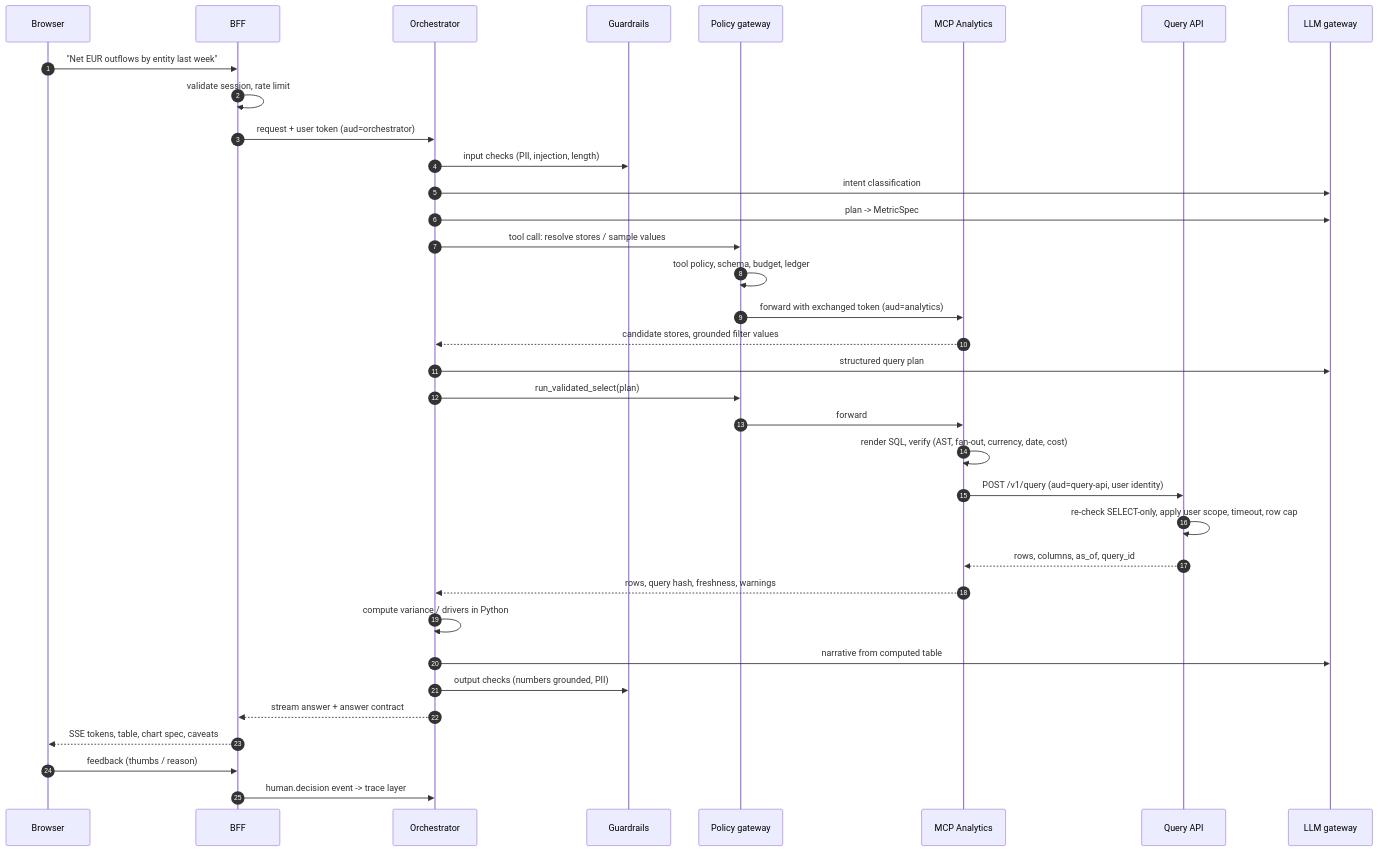
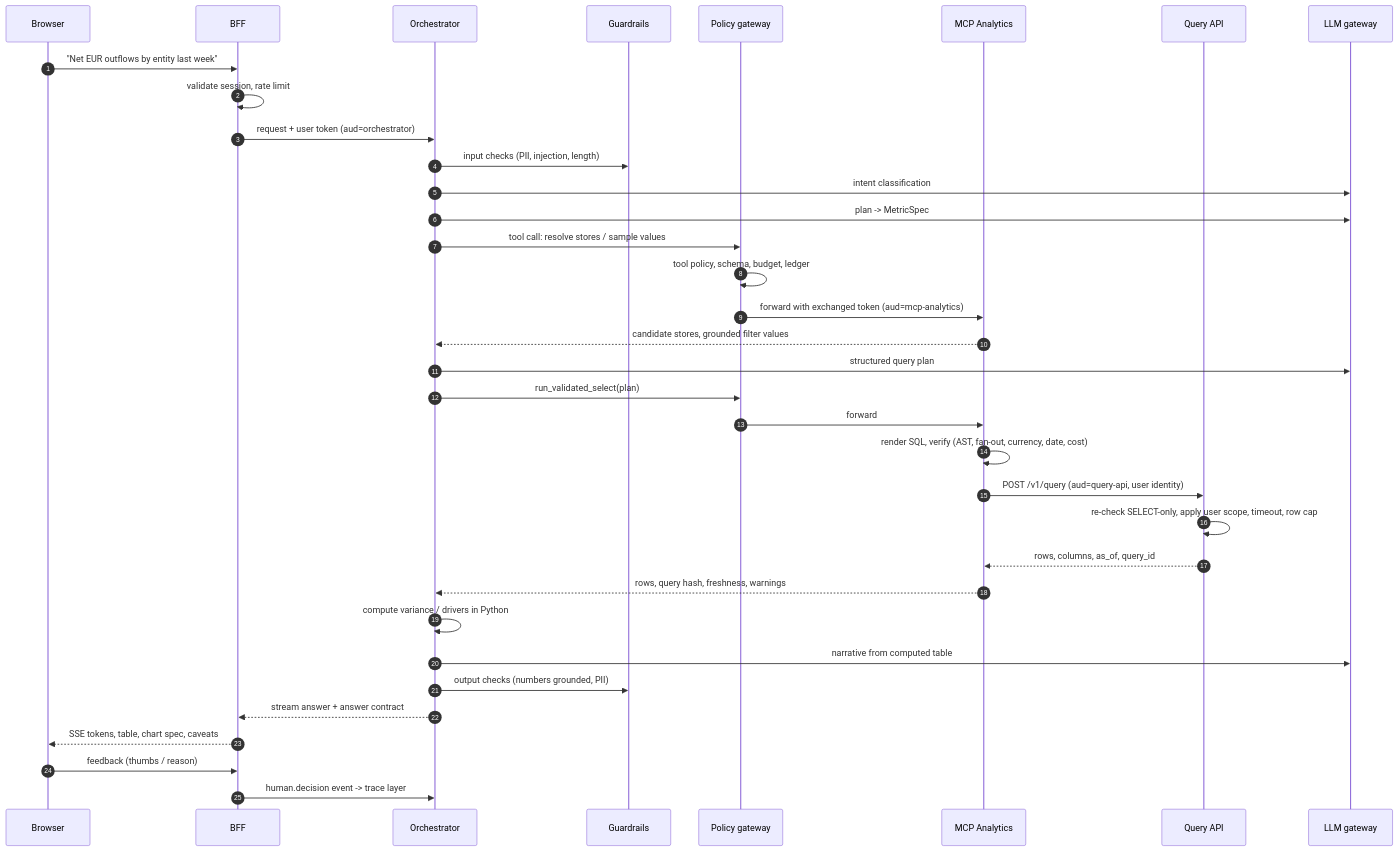
The third of 4 diagrams in ARCHITECTURE.md (gauravxdhingra/Analytics-Copilot), drawn with Mermaid before and after one commit. The commit also changed other lines of this file and 215 other files, not shown here.

````diff
--- a/ARCHITECTURE.md
+++ b/ARCHITECTURE.md
@@ -120,38 +120,38 @@
 ```mermaid
 sequenceDiagram
   autonumber
   participant B as Browser
   participant F as BFF
   participant O as Orchestrator
   participant G as Guardrails
   participant P as Policy gateway
   participant A as MCP Analytics
   participant Q as Query API
   participant L as LLM gateway
 
   B->>F: "Net EUR outflows by entity last week"
   F->>F: validate session, rate limit
   F->>O: request + user token (aud=orchestrator)
   O->>G: input checks (PII, injection, length)
   O->>L: intent classification
   O->>L: plan -> MetricSpec
   O->>P: tool call: resolve stores / sample values
   P->>P: tool policy, schema, budget, ledger
-  P->>A: forward with exchanged token (aud=analytics)
+  P->>A: forward with exchanged token (aud=mcp-analytics)
   A-->>O: candidate stores, grounded filter values
   O->>L: structured query plan
   O->>P: run_validated_select(plan)
   P->>A: forward
   A->>A: render SQL, verify (AST, fan-out, currency, date, cost)
   A->>Q: POST /v1/query (aud=query-api, user identity)
   Q->>Q: re-check SELECT-only, apply user scope, timeout, row cap
   Q-->>A: rows, columns, as_of, query_id
   A-->>O: rows, query hash, freshness, warnings
   O->>O: compute variance / drivers in Python
   O->>L: narrative from computed table
   O->>G: output checks (numbers grounded, PII)
   O-->>F: stream answer + answer contract
   F-->>B: SSE tokens, table, chart spec, caveats
   B->>F: feedback (thumbs / reason)
   F->>O: human.decision event -> trace layer
 ```
````
